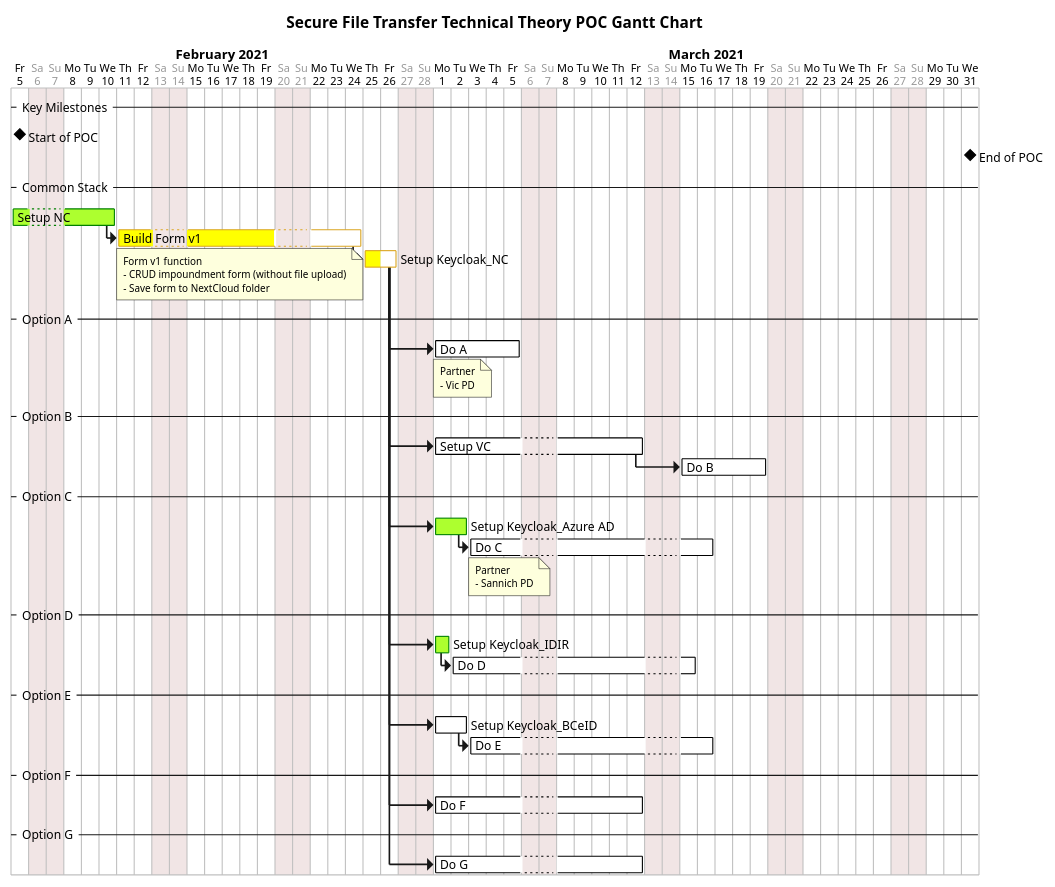
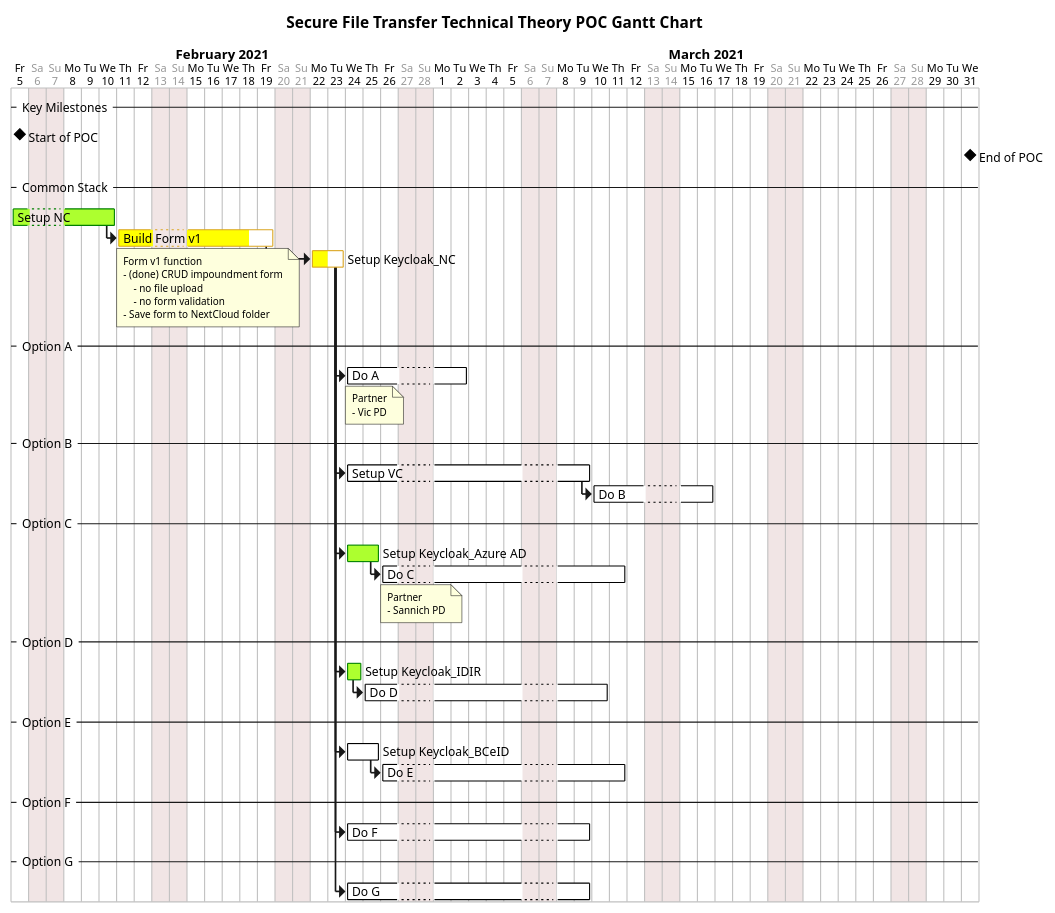
One commit to agahchen/notestutorial changed the diagram in docs/gantt.plantuml. Above: the diagram before and after it, drawn with PlantUML. The commit also changed 1 other file, not shown here.

Commit message:
Updated gantt chart

```diff
--- a/docs/gantt.plantuml
+++ b/docs/gantt.plantuml
@@ -1,79 +1,81 @@
 @startgantt
 hide footbox
 printscale daily
 saturday are closed
 sunday are closed
 title Secure File Transfer Technical Theory POC Gantt Chart
 Project starts 2021-02-05
 -- Key Milestones --
 [Start of POC] happens at 2021-02-05
 [End of POC] happens at 2021-03-31
 -- Common Stack --
 [Setup NC] is colored in GreenYellow/Green
 [Setup NC] starts at 2021-02-05
 [Setup NC] ends at 2021-02-10
 [Setup NC] -> [Build Form v1]
-[Build Form v1] lasts 10 days
+[Build Form v1] ends at 2021-02-19
 note bottom
 'note left
 Form v1 function
-- CRUD impoundment form (without file upload)
+- (done) CRUD impoundment form
+    - no file upload
+    - no form validation
 - Save form to NextCloud folder
 end note
 [Build Form v1] is colored in Yellow/GoldenRod
-[Build Form v1] is 70% completed
+[Build Form v1] is 80% completed
 [Build Form v1] -> [Setup Keycloak_NC]
 [Setup Keycloak_NC] lasts 2 days
 [Setup Keycloak_NC] is 50% completed
 [Setup Keycloak_NC] is colored in Yellow/GoldenRod
 
 -- Option A --
 [Setup Keycloak_NC] -> [Do A]
 [Do A] lasts 1 week
 [Do A] is colored in White/Black
 note bottom
 'note left
 Partner
 - Vic PD
 end note
 -- Option B --
 [Setup Keycloak_NC] -> [Setup VC]
 [Setup VC] lasts 2 weeks
 [Setup VC] is colored in White/Black
 [Setup VC] -> [Do B]
 [Do B] lasts 1 week
 [Do B] is colored in White/Black
 -- Option C --
 [Setup Keycloak_NC] -> [Setup Keycloak_Azure AD]
 [Setup Keycloak_Azure AD] is colored in GreenYellow/Green
 [Setup Keycloak_Azure AD] lasts 2 days
 [Setup Keycloak_Azure AD] -> [Do C]
 [Do C] lasts 2 weeks
 [Do C] is colored in White/Black
 note bottom
 'note left
 Partner
 - Sannich PD
 end note
 -- Option D --
 [Setup Keycloak_NC] -> [Setup Keycloak_IDIR]
 [Setup Keycloak_IDIR] is colored in GreenYellow/Green
 [Setup Keycloak_IDIR] -> [Do D]
 [Do D] lasts 2 weeks
 [Do D] is colored in White/Black
 -- Option E --
 [Setup Keycloak_NC] -> [Setup Keycloak_BCeID]
 [Setup Keycloak_BCeID] lasts 2 days
 [Setup Keycloak_BCeID] is colored in White/Black
 [Setup Keycloak_BCeID] -> [Do E]
 [Do E] lasts 2 weeks
 [Do E] is colored in White/Black
 -- Option F --
 [Setup Keycloak_NC] -> [Do F]
 [Do F] lasts 2 weeks
 [Do F] is colored in White/Black
 -- Option G --
 [Setup Keycloak_NC] -> [Do G]
 [Do G] lasts 2 weeks
 [Do G] is colored in White/Black
 @endgantt
```
